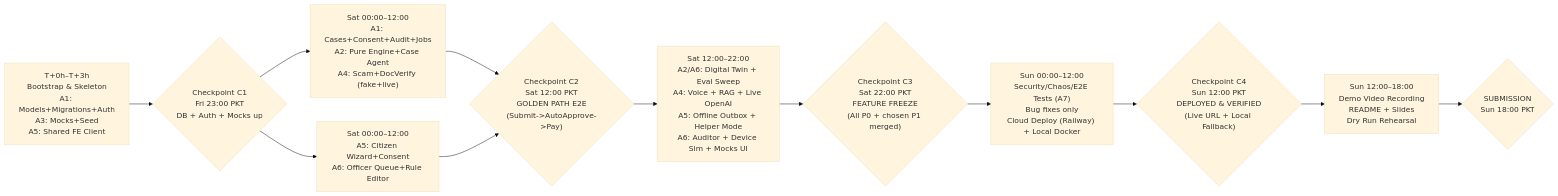
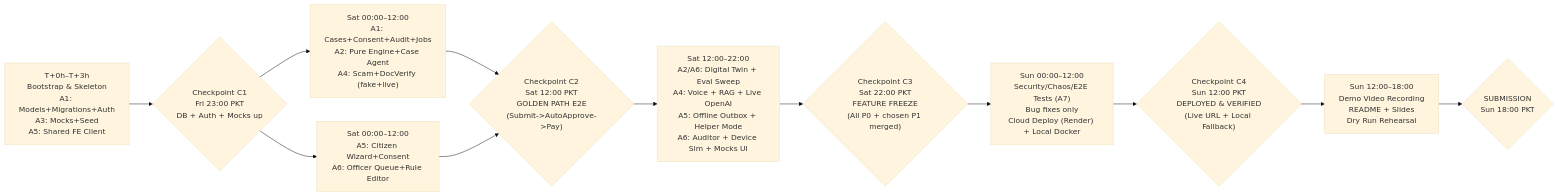
One commit to saim-x/haqdaar changed the diagram in docs/12-execution-plan.md. Above: the diagram before and after it, drawn with Mermaid (base theme). The commit also changed other lines of this file and 7 other files, not shown here.

````diff
--- a/docs/12-execution-plan.md
+++ b/docs/12-execution-plan.md
@@ -28,19 +28,19 @@
 ```mermaid
 flowchart LR
     P0["T+0h–T+3h\nBootstrap & Skeleton\nA1: Models+Migrations+Auth\nA3: Mocks+Seed\nA5: Shared FE Client"] --> C1{"Checkpoint C1\nFri 23:00 PKT\nDB + Auth + Mocks up"}
 
     C1 --> CoreBE["Sat 00:00–12:00\nA1: Cases+Consent+Audit+Jobs\nA2: Pure Engine+Case Agent\nA4: Scam+DocVerify (fake+live)"]
     C1 --> CoreFE["Sat 00:00–12:00\nA5: Citizen Wizard+Consent\nA6: Officer Queue+Rule Editor"]
 
     CoreBE --> C2{"Checkpoint C2\nSat 12:00 PKT\nGOLDEN PATH E2E\n(Submit->AutoApprove->Pay)"}
     CoreFE --> C2
 
     C2 --> Diff["Sat 12:00–22:00\nA2/A6: Digital Twin + Eval Sweep\nA4: Voice + RAG + Live OpenAI\nA5: Offline Outbox + Helper Mode\nA6: Auditor + Device Sim + Mocks UI"]
     Diff --> C3{"Checkpoint C3\nSat 22:00 PKT\nFEATURE FREEZE\n(All P0 + chosen P1 merged)"}
 
-    C3 --> Stab["Sun 00:00–12:00\nSecurity/Chaos/E2E Tests (A7)\nBug fixes only\nCloud Deploy (Railway) + Local Docker"]
+    C3 --> Stab["Sun 00:00–12:00\nSecurity/Chaos/E2E Tests (A7)\nBug fixes only\nCloud Deploy (Render) + Local Docker"]
     Stab --> C4{"Checkpoint C4\nSun 12:00 PKT\nDEPLOYED & VERIFIED\n(Live URL + Local Fallback)"}
 
     C4 --> Ship["Sun 12:00–18:00\nDemo Video Recording\nREADME + Slides\nDry Run Rehearsal"]
     Ship --> C5{"SUBMISSION\nSun 18:00 PKT"}
 ```
````
